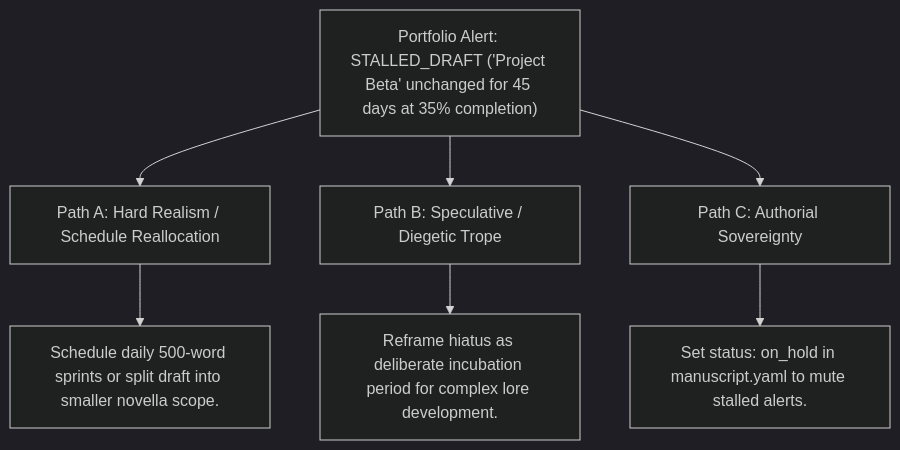
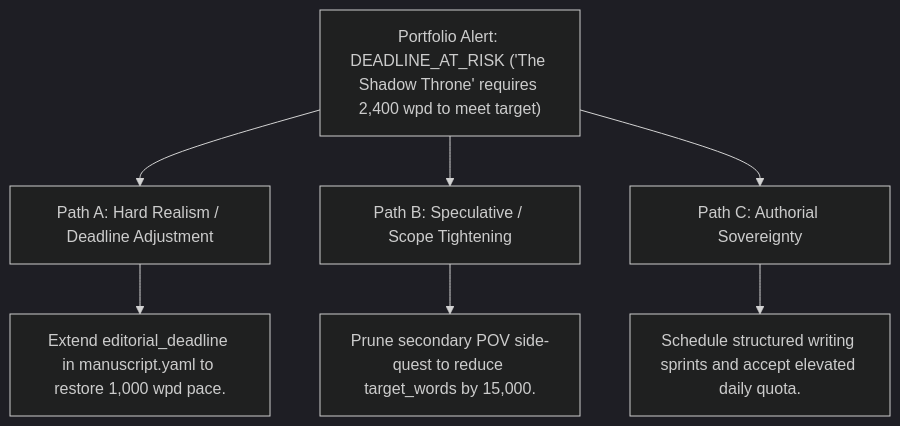
Before and after one commit to aryansinghnagar/Ars-Arcanum: the diagram in docs/PORTFOLIO.md, drawn with Mermaid (dark theme). The commit also changed other lines of this file and 239 other files, not shown here.

First line of the commit message:
feat(v5.0.0): streamline to 47 deterministic engines, zero-pip architecture, and encyclopedic craft references

````diff
--- a/docs/PORTFOLIO.md
+++ b/docs/PORTFOLIO.md
@@ -106,10 +168,10 @@
 ```mermaid
 flowchart TD
-    Alert["Portfolio Alert: STALLED_DRAFT ('Project Beta' unchanged for 45 days at 35% completion)"] --> PathA["Path A: Hard Realism / Schedule Reallocation"]
-    Alert --> PathB["Path B: Speculative / Diegetic Trope"]
+    Alert["Portfolio Alert: DEADLINE_AT_RISK ('The Shadow Throne' requires 2,400 wpd to meet target)"] --> PathA["Path A: Hard Realism / Deadline Adjustment"]
+    Alert --> PathB["Path B: Speculative / Scope Tightening"]
     Alert --> PathC["Path C: Authorial Sovereignty"]
     
-    PathA --> SolA["Schedule daily 500-word sprints or split draft into smaller novella scope."]
-    PathB --> SolB["Reframe hiatus as deliberate incubation period for complex lore development."]
-    PathC --> SolC["Set status: on_hold in manuscript.yaml to mute stalled alerts."]
+    PathA --> SolA["Extend editorial_deadline in manuscript.yaml to restore 1,000 wpd pace."]
+    PathB --> SolB["Prune secondary POV side-quest to reduce target_words by 15,000."]
+    PathC --> SolC["Schedule structured writing sprints and accept elevated daily quota."]
 ```
````
